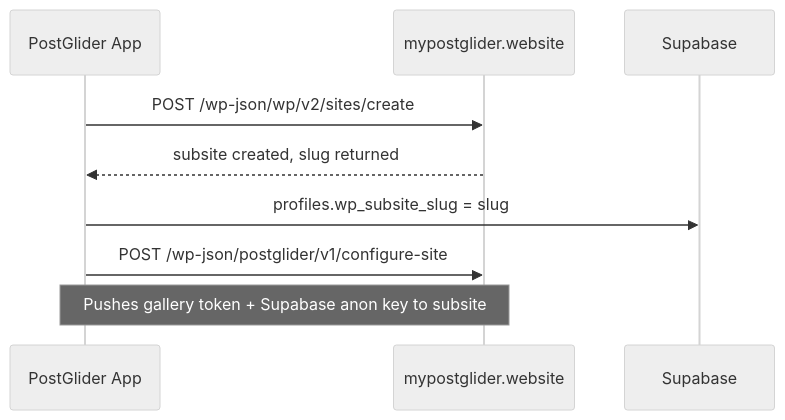
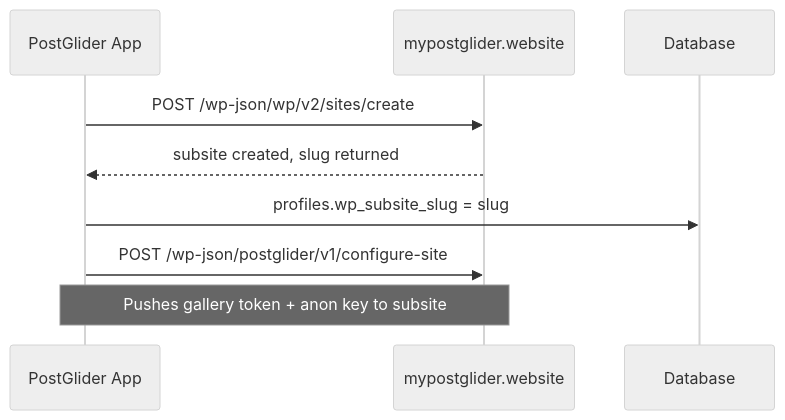
Before and after one commit to kenlyle2/documentationai-Docs: the diagram in admin/wordpress-sites.mdx, drawn with Mermaid (neutral theme). The commit also changed other lines of this file and 17 other files, not shown here.

````diff
--- a/admin/wordpress-sites.mdx
+++ b/admin/wordpress-sites.mdx
@@ -37,12 +37,12 @@
 ```mermaid
 sequenceDiagram
     participant App as PostGlider App
     participant WP as mypostglider.website
-    participant DB as Supabase
+    participant DB as Database
 
     App->>WP: POST /wp-json/wp/v2/sites/create
     WP-->>App: subsite created, slug returned
     App->>DB: profiles.wp_subsite_slug = slug
     App->>WP: POST /wp-json/postglider/v1/configure-site
-    Note over App,WP: Pushes gallery token + Supabase anon key to subsite
+    Note over App,WP: Pushes gallery token + anon key to subsite
 ```
````
